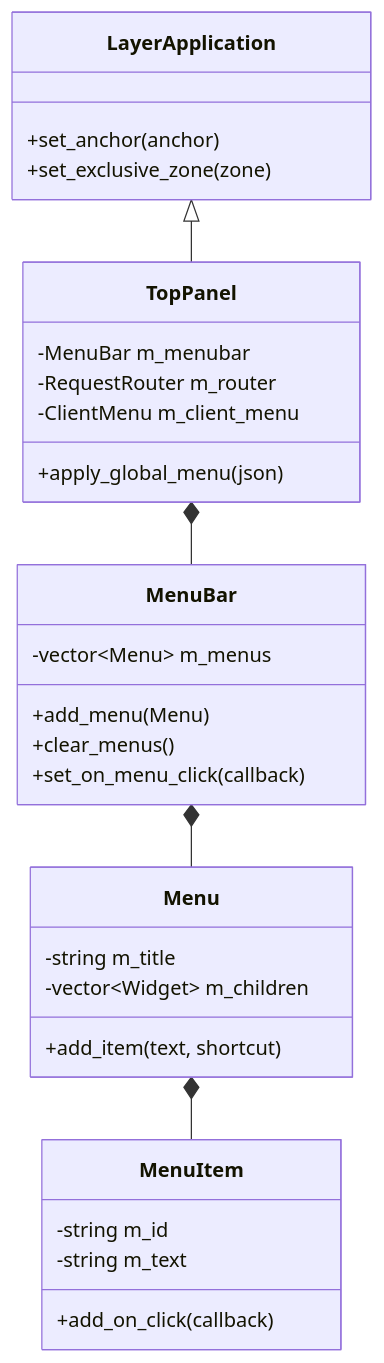
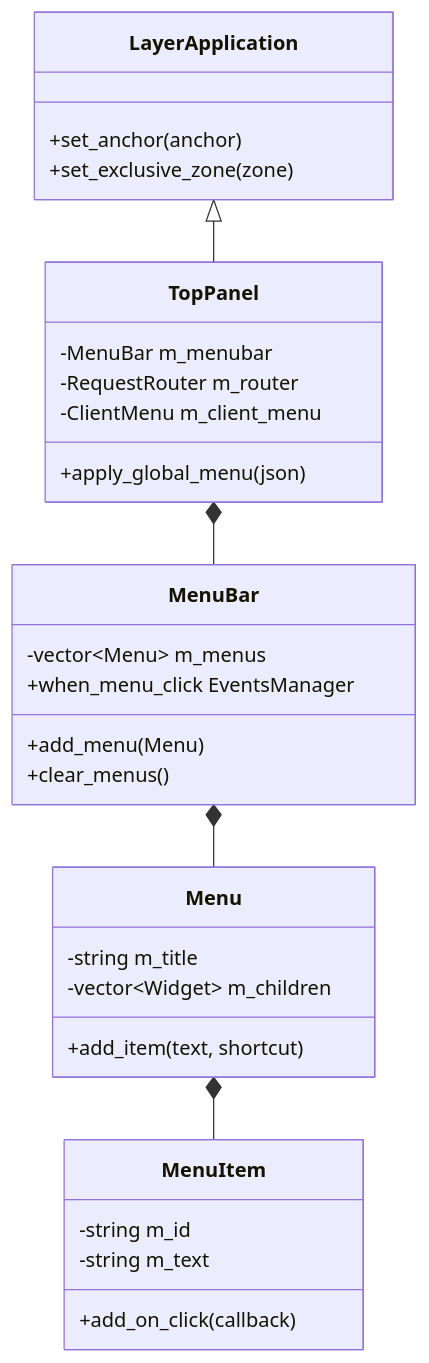
The first of 2 diagrams in docs/top_panel_report.md (austral-os/horizon), drawn with Mermaid before and after one commit. The commit also changed other lines of this file and 4 other files, not shown here.

Commit message:
refactor: Migrate MenuBar click handling from a direct callback to an EventsManager with a new MenuBarClickContext.

````diff
--- a/docs/top_panel_report.md
+++ b/docs/top_panel_report.md
@@ -23,34 +23,34 @@
 ```mermaid
 classDiagram
     class LayerApplication {
         +set_anchor(anchor)
         +set_exclusive_zone(zone)
     }
     class TopPanel {
         -MenuBar m_menubar
         -RequestRouter m_router
         -ClientMenu m_client_menu
         +apply_global_menu(json)
     }
     class MenuBar {
         -vector~Menu~ m_menus
         +add_menu(Menu)
         +clear_menus()
-        +set_on_menu_click(callback)
+        +when_menu_click EventsManager
     }
     class Menu {
         -string m_title
         -vector~Widget~ m_children
         +add_item(text, shortcut)
     }
     class MenuItem {
         -string m_id
         -string m_text
         +add_on_click(callback)
     }
 
     LayerApplication <|-- TopPanel
     TopPanel *-- MenuBar
     MenuBar *-- Menu
     Menu *-- MenuItem
 ```
````
